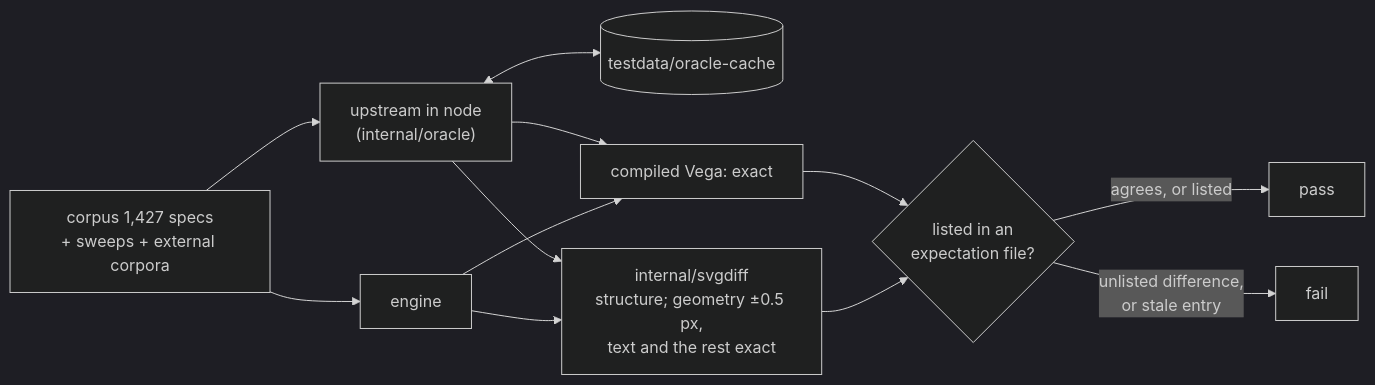
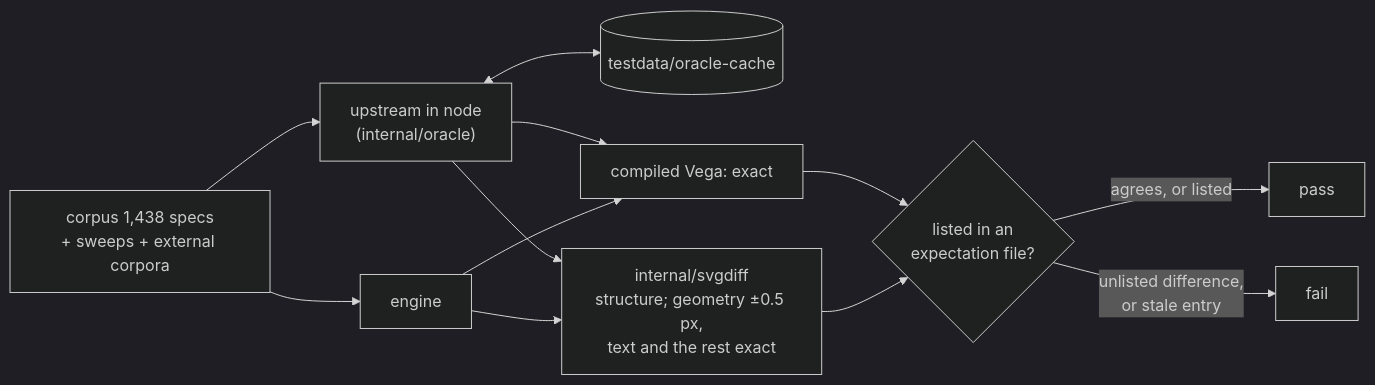
The diagram in docs/testing.md (mgilbir/aster), drawn with Mermaid (dark theme) before and after one commit. The commit also changed other lines of this file and 121 other files, not shown here.

````diff
--- a/docs/testing.md
+++ b/docs/testing.md
@@ -19,14 +19,14 @@
 ```mermaid
 flowchart LR
-  C["corpus 1,427 specs<br/>+ sweeps + external corpora"] --> E["engine"]
+  C["corpus 1,438 specs<br/>+ sweeps + external corpora"] --> E["engine"]
   C --> N["upstream in node<br/>(internal/oracle)"]
   N <--> K[("testdata/oracle-cache")]
   E --> D["internal/svgdiff<br/>structure; geometry ±0.5 px,<br/>text and the rest exact"]
   N --> D
   E --> J["compiled Vega: exact"]
   N --> J
   D --> X{"listed in an<br/>expectation file?"}
   J --> X
   X -->|"agrees, or listed"| P["pass"]
   X -->|"unlisted difference,<br/>or stale entry"| F["fail"]
 ```
````
